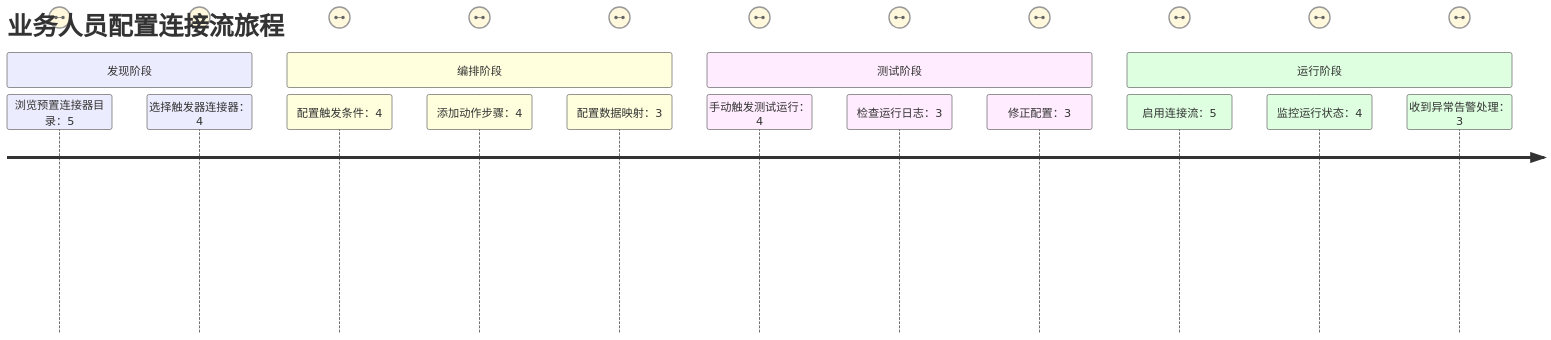
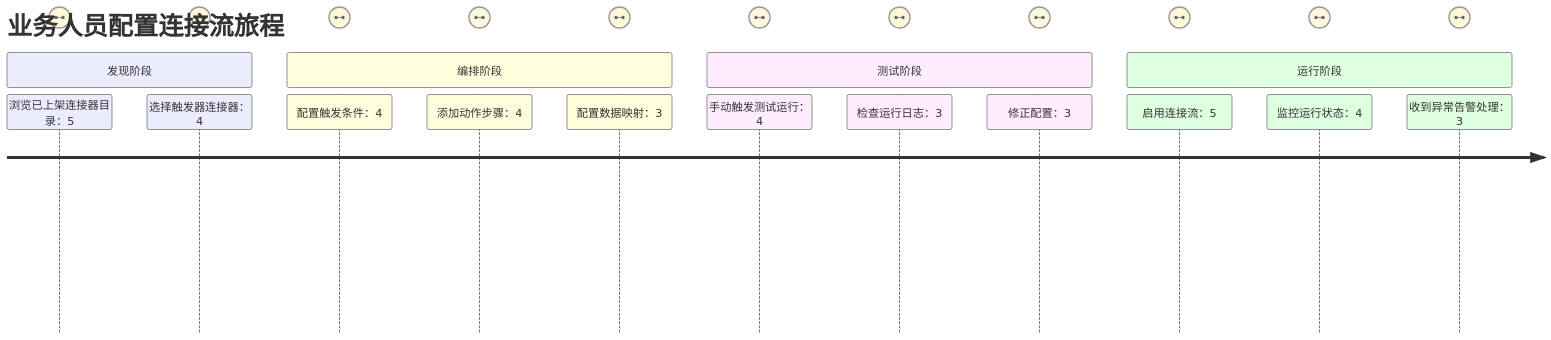
The eighth of 13 diagrams in .sddu/specs-tree-root/specs-tree-connector-platform/discovery-report.md (THZSummer/open-app), drawn with Mermaid before and after one commit. The commit also changed other lines of this file, not shown here.

````diff
--- a/.sddu/specs-tree-root/specs-tree-connector-platform/discovery-report.md
+++ b/.sddu/specs-tree-root/specs-tree-connector-platform/discovery-report.md
@@ -313,19 +312,19 @@
 ```mermaid
 journey
     title 业务人员配置连接流旅程
     section 发现阶段
-      浏览预置连接器目录：5: 业务人员
+      浏览已上架连接器目录：5: 三方平台人员
       选择触发器连接器：4: 业务人员
     section 编排阶段
       配置触发条件：4: 业务人员
       添加动作步骤：4: 业务人员
       配置数据映射：3: 业务人员
     section 测试阶段
       手动触发测试运行：4: 业务人员
       检查运行日志：3: 业务人员
       修正配置：3: 业务人员
     section 运行阶段
       启用连接流：5: 业务人员
       监控运行状态：4: 业务人员
       收到异常告警处理：3: 业务人员
 ```
````
